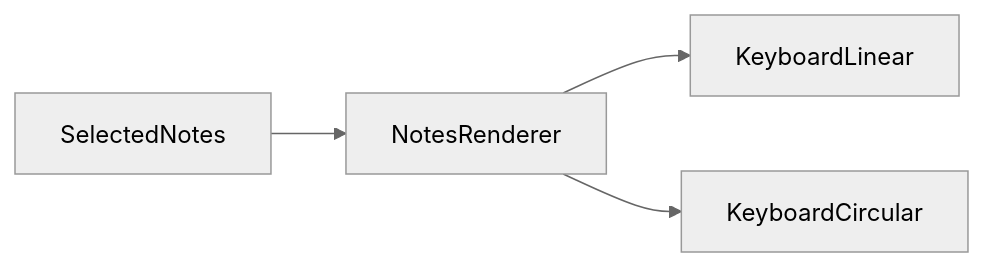
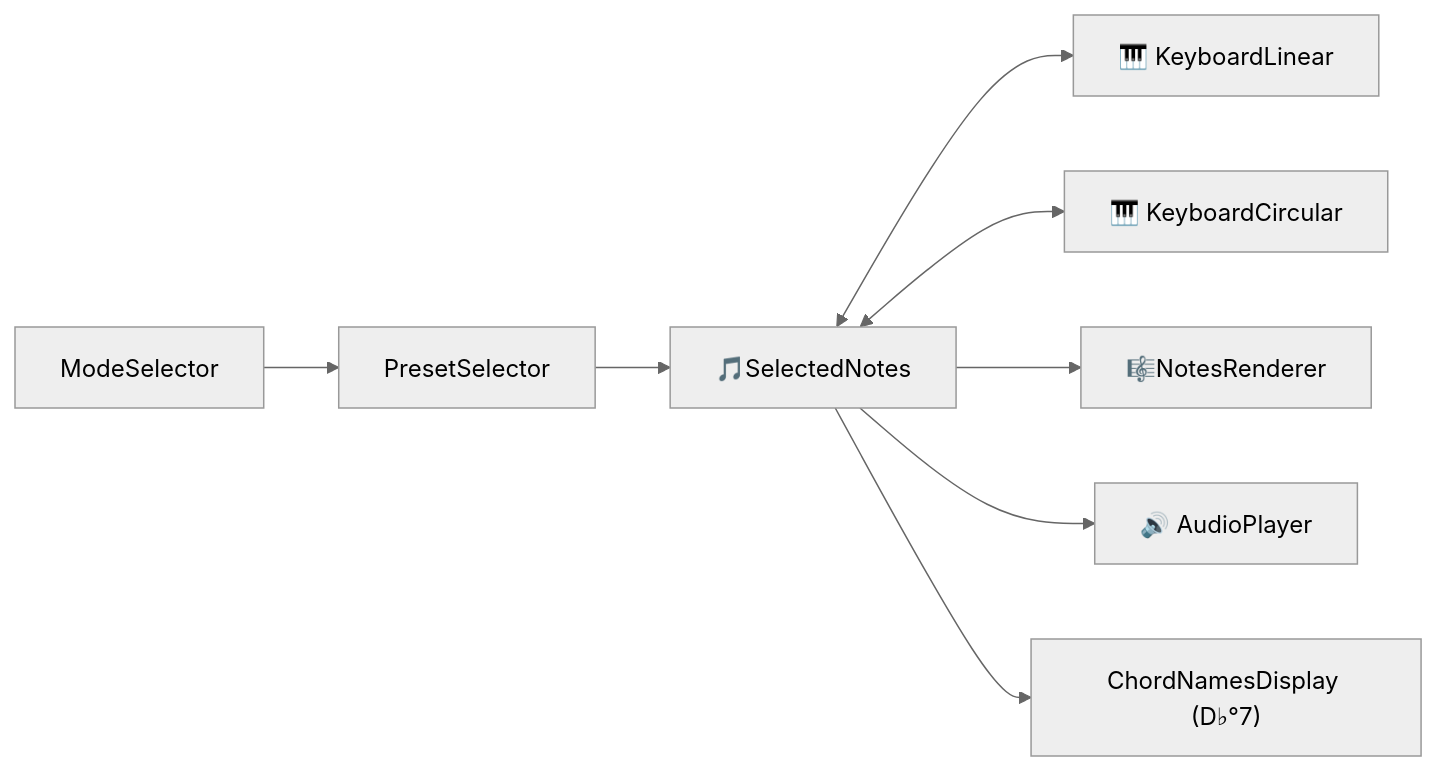
Before and after one commit to alekslovestech/chromatic-circle: the diagram in docs/Components.mmd, drawn with Mermaid (neutral theme). The commit also changed 1 other file, not shown here.

Commit message:
cleaner diagrams

```diff
--- a/docs/Components.mmd
+++ b/docs/Components.mmd
@@ -1,13 +1,21 @@
 flowchart LR
 
 direction TB
-SN["SelectedNotes"]
+SN["🎵SelectedNotes"]
 
-NR["NotesRenderer"]
+NR["🎼NotesRenderer"]
 
-KL["KeyboardLinear"]
-KC["KeyboardCircular"]
+KL["🎹 KeyboardLinear"]
+KC["🎹 KeyboardCircular"]
+AP["🔊 AudioPlayer"]
+CND["ChordNamesDisplay (D♭°7)"]
+MS["ModeSelector"]
+PS["PresetSelector"]
 
+SN <--> KL 
+SN <--> KC
 SN --> NR 
-NR --> KL 
-NR --> KC
+SN --> AP
+SN --> CND
+MS --> PS
+PS --> SN
```
